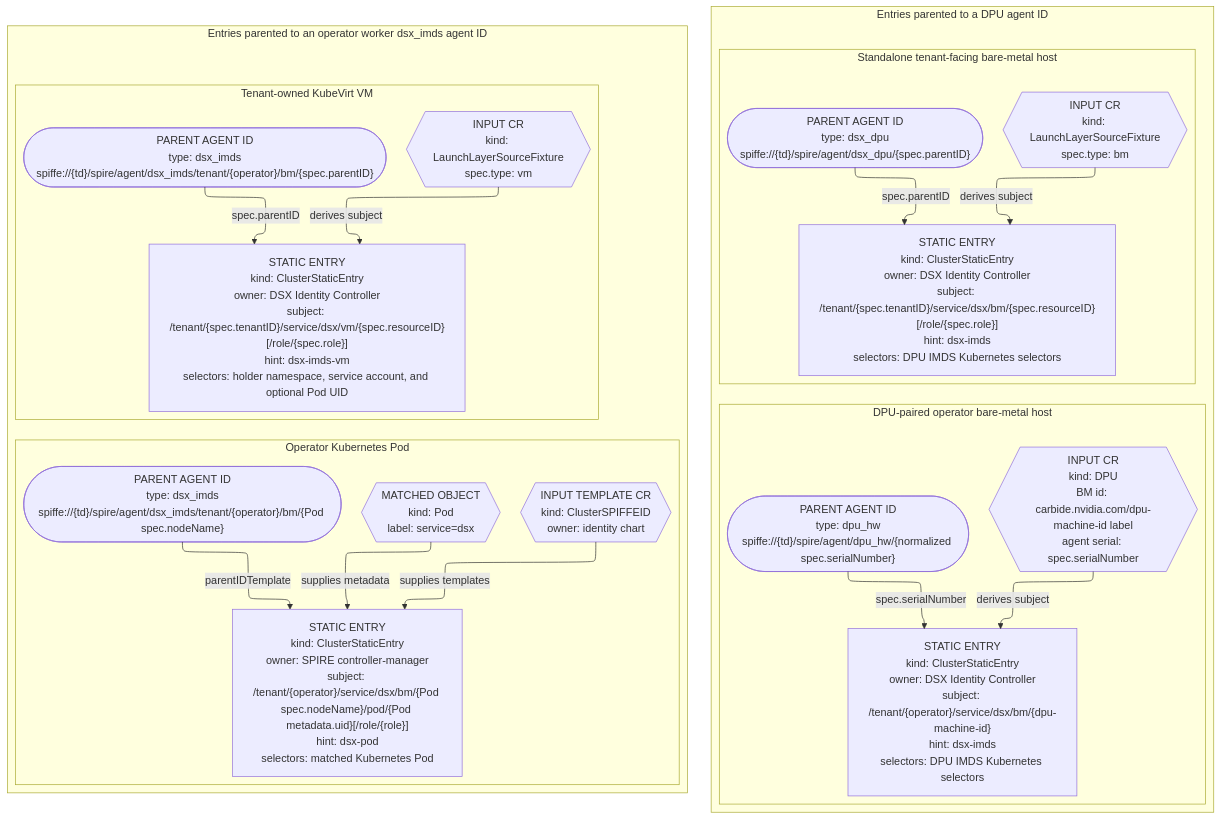
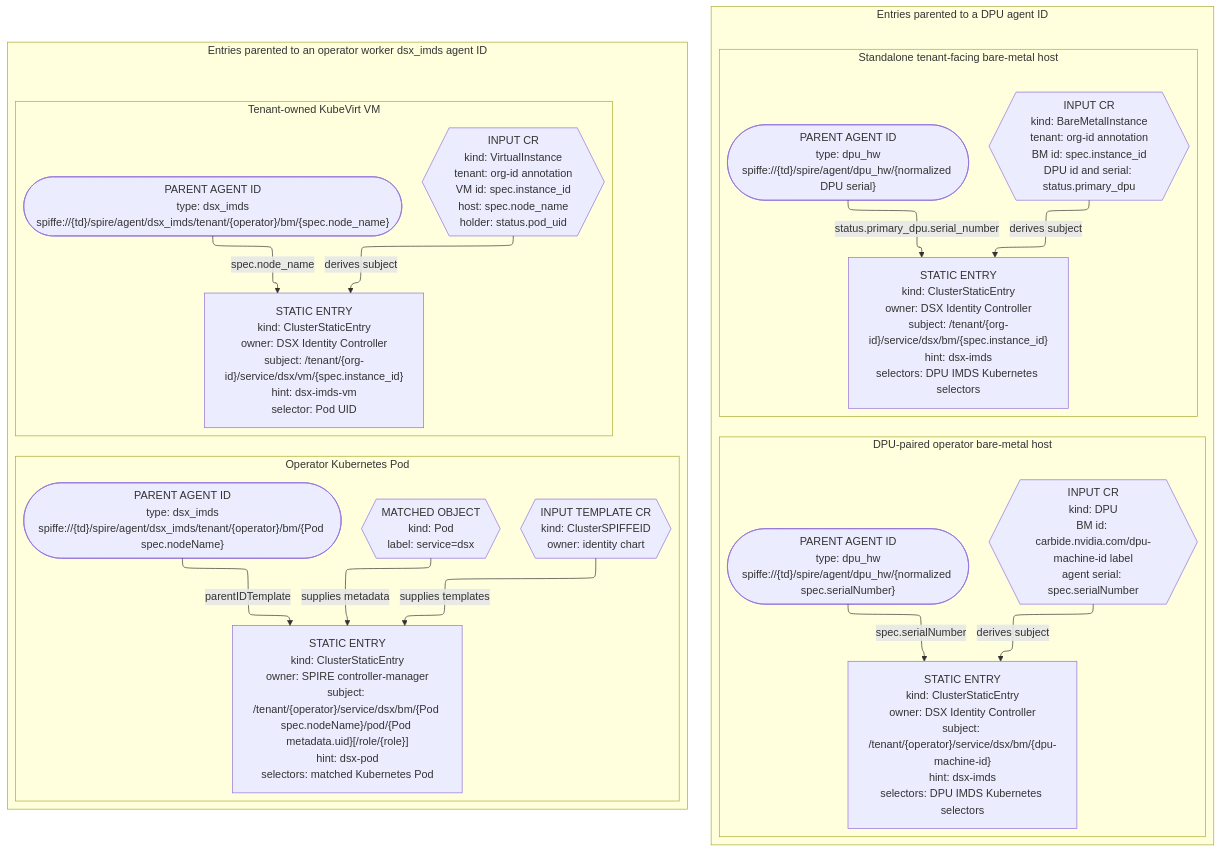
One commit to dsx-ai-factory/nvidia-workload-identity changed the third of 7 diagrams in README.md. Above: the diagram before and after it, drawn with Mermaid. The commit also changed other lines of this file and 15 other files, not shown here.

Commit message:
feat(VMAAS-1586): reconcile Launch Layer identities

````diff
--- a/README.md
+++ b/README.md
@@ -248,50 +248,50 @@
 ```mermaid
 %%{init: {"flowchart": {"defaultRenderer": "elk"}, "elk": {"nodePlacementStrategy": "SIMPLE"}}}%%
 flowchart TB
 
   subgraph DPUParented["Entries parented to a DPU agent ID"]
     direction LR
 
     subgraph DPULane["DPU-paired operator bare-metal host"]
       direction TB
       DPUCR{{"INPUT CR<br/>kind: DPU<br/>BM id: carbide.nvidia.com/dpu-machine-id label<br/>agent serial: spec.serialNumber"}}
       DPUParent(["PARENT AGENT ID<br/>type: dpu_hw<br/>spiffe://{td}/spire/agent/dpu_hw/{normalized spec.serialNumber}"])
       DPUEntry["STATIC ENTRY<br/>kind: ClusterStaticEntry<br/>owner: DSX Identity Controller<br/>subject: /tenant/{operator}/service/dsx/bm/{dpu-machine-id}<br/>hint: dsx-imds<br/>selectors: DPU IMDS Kubernetes selectors"]
       DPUCR -->|"derives subject"| DPUEntry
       DPUParent -->|"spec.serialNumber"| DPUEntry
     end
 
     subgraph HostLane["Standalone tenant-facing bare-metal host"]
       direction TB
-      HostSource{{"INPUT CR<br/>kind: LaunchLayerSourceFixture<br/>spec.type: bm"}}
-      HostParent(["PARENT AGENT ID<br/>type: dsx_dpu<br/>spiffe://{td}/spire/agent/dsx_dpu/{spec.parentID}"])
-      HostEntry["STATIC ENTRY<br/>kind: ClusterStaticEntry<br/>owner: DSX Identity Controller<br/>subject: /tenant/{spec.tenantID}/service/dsx/bm/{spec.resourceID}[/role/{spec.role}]<br/>hint: dsx-imds<br/>selectors: DPU IMDS Kubernetes selectors"]
+      HostSource{{"INPUT CR<br/>kind: BareMetalInstance<br/>tenant: org-id annotation<br/>BM id: spec.instance_id<br/>DPU id and serial: status.primary_dpu"}}
+      HostParent(["PARENT AGENT ID<br/>type: dpu_hw<br/>spiffe://{td}/spire/agent/dpu_hw/{normalized DPU serial}"])
+      HostEntry["STATIC ENTRY<br/>kind: ClusterStaticEntry<br/>owner: DSX Identity Controller<br/>subject: /tenant/{org-id}/service/dsx/bm/{spec.instance_id}<br/>hint: dsx-imds<br/>selectors: DPU IMDS Kubernetes selectors"]
       HostSource -->|"derives subject"| HostEntry
-      HostParent -->|"spec.parentID"| HostEntry
+      HostParent -->|"status.primary_dpu.serial_number"| HostEntry
     end
   end
 
   subgraph HostParented["Entries parented to an operator worker dsx_imds agent ID"]
     direction LR
 
     subgraph PodLane["Operator Kubernetes Pod"]
       direction TB
       PodTemplate{{"INPUT TEMPLATE CR<br/>kind: ClusterSPIFFEID<br/>owner: identity chart"}}
       PodObject{{"MATCHED OBJECT<br/>kind: Pod<br/>label: service=dsx"}}
       PodParent(["PARENT AGENT ID<br/>type: dsx_imds<br/>spiffe://{td}/spire/agent/dsx_imds/tenant/{operator}/bm/{Pod spec.nodeName}"])
       PodEntry["STATIC ENTRY<br/>kind: ClusterStaticEntry<br/>owner: SPIRE controller-manager<br/>subject: /tenant/{operator}/service/dsx/bm/{Pod spec.nodeName}/pod/{Pod metadata.uid}[/role/{role}]<br/>hint: dsx-pod<br/>selectors: matched Kubernetes Pod"]
       PodTemplate -->|"supplies templates"| PodEntry
       PodObject -->|"supplies metadata"| PodEntry
       PodParent -->|"parentIDTemplate"| PodEntry
     end
 
     subgraph VMLane["Tenant-owned KubeVirt VM"]
       direction TB
-      VMSource{{"INPUT CR<br/>kind: LaunchLayerSourceFixture<br/>spec.type: vm"}}
-      VMParent(["PARENT AGENT ID<br/>type: dsx_imds<br/>spiffe://{td}/spire/agent/dsx_imds/tenant/{operator}/bm/{spec.parentID}"])
-      VMEntry["STATIC ENTRY<br/>kind: ClusterStaticEntry<br/>owner: DSX Identity Controller<br/>subject: /tenant/{spec.tenantID}/service/dsx/vm/{spec.resourceID}[/role/{spec.role}]<br/>hint: dsx-imds-vm<br/>selectors: holder namespace, service account, and optional Pod UID"]
+      VMSource{{"INPUT CR<br/>kind: VirtualInstance<br/>tenant: org-id annotation<br/>VM id: spec.instance_id<br/>host: spec.node_name<br/>holder: status.pod_uid"}}
+      VMParent(["PARENT AGENT ID<br/>type: dsx_imds<br/>spiffe://{td}/spire/agent/dsx_imds/tenant/{operator}/bm/{spec.node_name}"])
+      VMEntry["STATIC ENTRY<br/>kind: ClusterStaticEntry<br/>owner: DSX Identity Controller<br/>subject: /tenant/{org-id}/service/dsx/vm/{spec.instance_id}<br/>hint: dsx-imds-vm<br/>selector: Pod UID"]
       VMSource -->|"derives subject"| VMEntry
-      VMParent -->|"spec.parentID"| VMEntry
+      VMParent -->|"spec.node_name"| VMEntry
     end
   end
 ```
````
